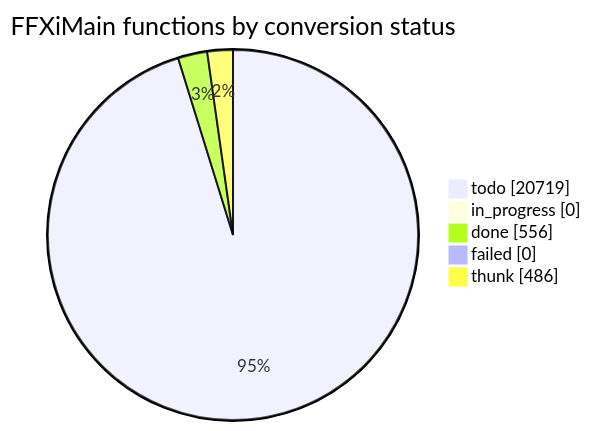
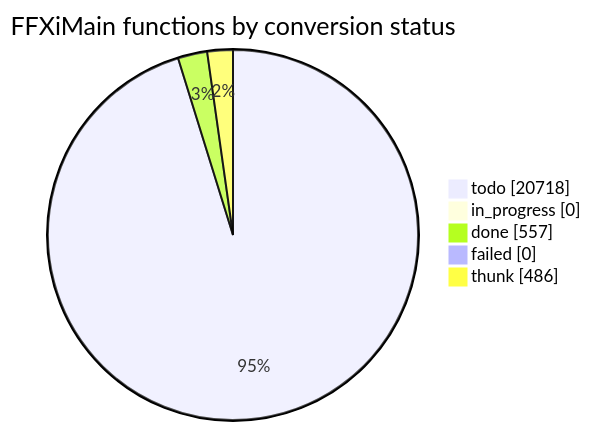
Before and after one commit to cowrevenge/cow_kuluu_xi_anything: the diagram in docs/cow/STATUS.md, drawn with Mermaid. The commit also changed other lines of this file and 9 other files, not shown here.

````diff
--- a/docs/cow/STATUS.md
+++ b/docs/cow/STATUS.md
@@ -18,9 +18,9 @@
 ```mermaid
 pie showData
     title FFXiMain functions by conversion status
-    "todo" : 20719
+    "todo" : 20718
     "in_progress" : 0
-    "done" : 556
+    "done" : 557
     "failed" : 0
     "thunk" : 486
 ```
````
